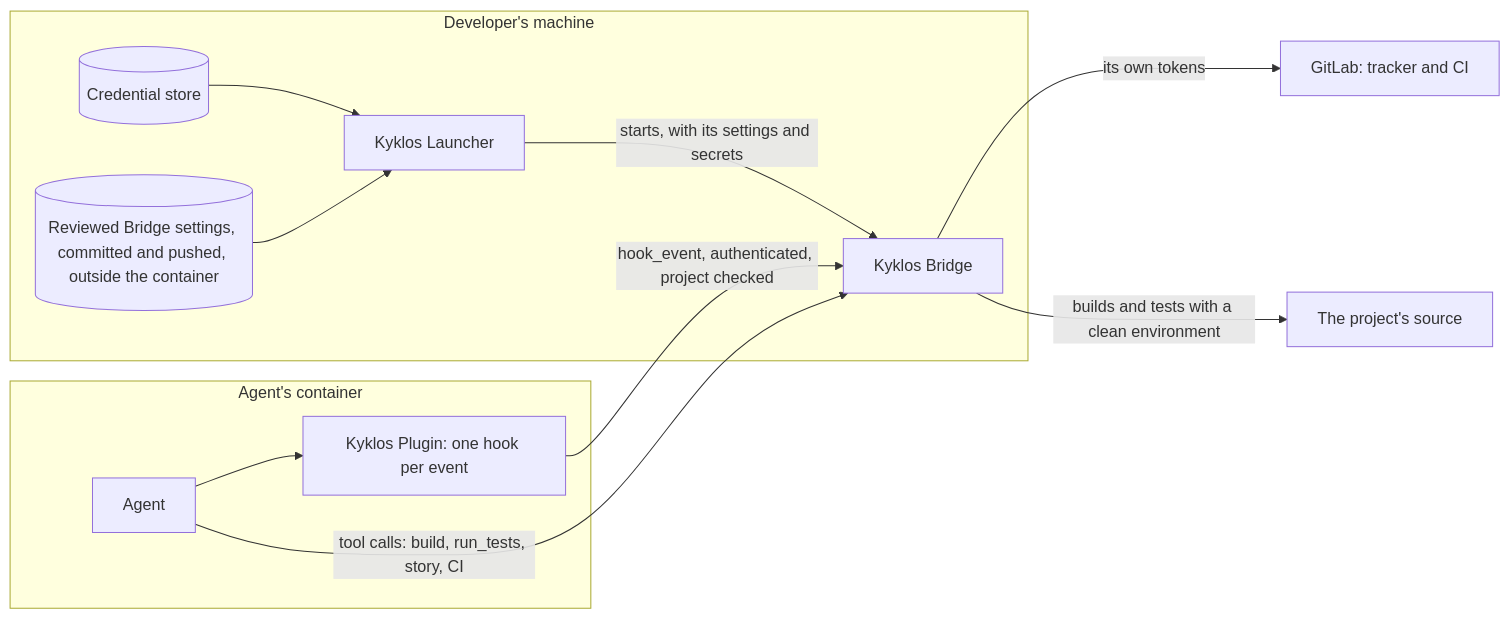
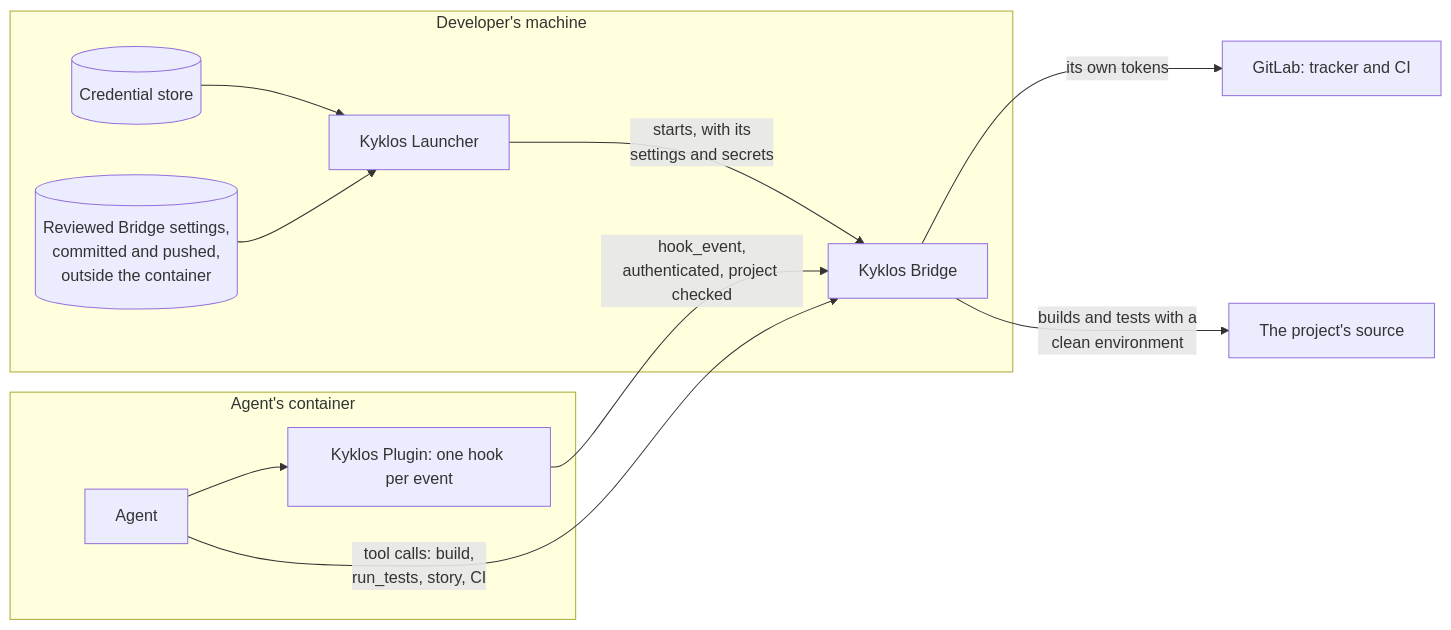
One commit to DogmaSolutions/Kyklos changed the diagram in docs/COMPONENTS.md. Above: the diagram before and after it, drawn with Mermaid. The commit also changed 38 other files, not shown here.

````diff
--- a/docs/COMPONENTS.md
+++ b/docs/COMPONENTS.md
@@ -30,15 +30,15 @@
 ```mermaid
 flowchart LR
     subgraph Container["Agent's container"]
         AG["Agent"] --> PL["Kyklos Plugin: one hook per event"]
     end
     subgraph Host["Developer's machine"]
-        LA["Kyklos Launcher"] -->|"starts, with its settings and secrets"| BR["Kyklos Bridge"]
+        LA["Kyklos Launcher"] -->|"starts, with its<br/>settings and secrets"| BR["Kyklos Bridge"]
         CS[("Credential store")] --> LA
-        RS[("Reviewed Bridge settings, committed and pushed, outside the container")] --> LA
+        RS[("Reviewed Bridge settings,<br/>committed and pushed,<br/>outside the container")] --> LA
     end
-    PL -->|"hook_event, authenticated, project checked"| BR
-    AG -->|"tool calls: build, run_tests, story, CI"| BR
+    PL -->|"hook_event,<br/>authenticated, project checked"| BR
+    AG -->|"tool calls: build,<br/>run_tests, story, CI"| BR
     BR -->|"its own tokens"| GL["GitLab: tracker and CI"]
-    BR -->|"builds and tests with a clean environment"| SRC["The project's source"]
+    BR -->|"builds and tests with a<br/>clean environment"| SRC["The project's source"]
 ```
````
